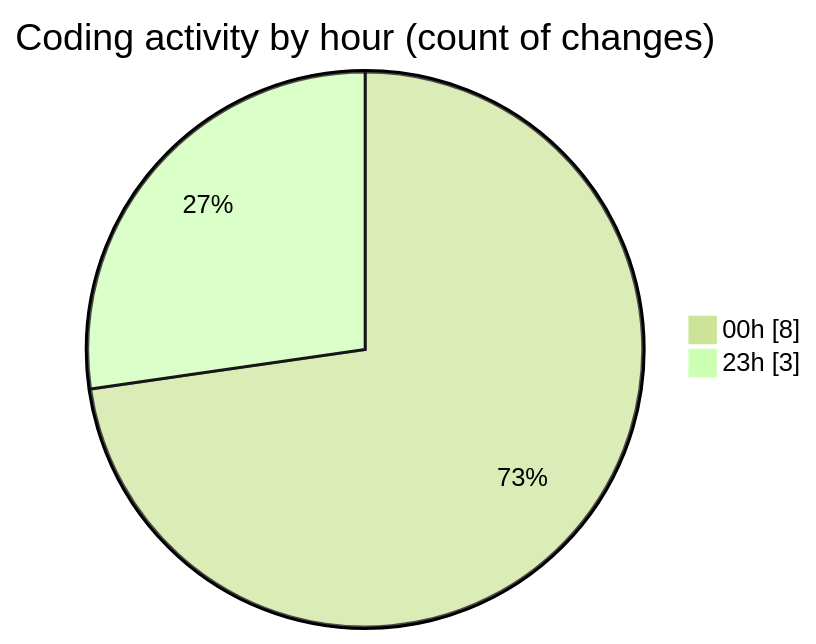
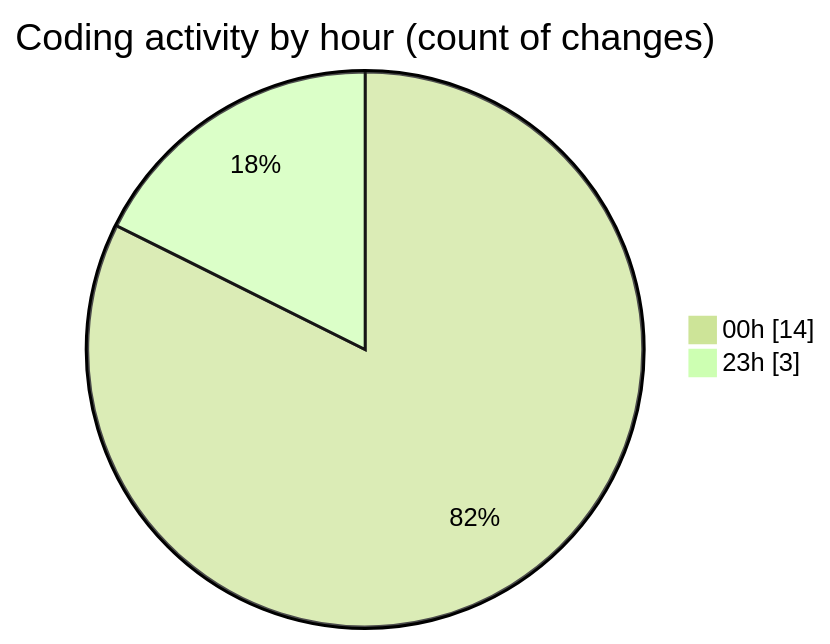
One commit to momahboobian/code-tracking changed the second of 2 diagrams in 2026-04-10/cda/README.md. Above: the diagram before and after it, drawn with Mermaid (forest theme). The commit also changed other lines of this file and 1 other file, not shown here.

````diff
--- a/2026-04-10/cda/README.md
+++ b/2026-04-10/cda/README.md
@@ -28,6 +28,6 @@
 ```mermaid
 pie showData
 title Coding activity by hour (count of changes)
-"00h" : 8
+"00h" : 14
 "23h" : 3
 ```
````
